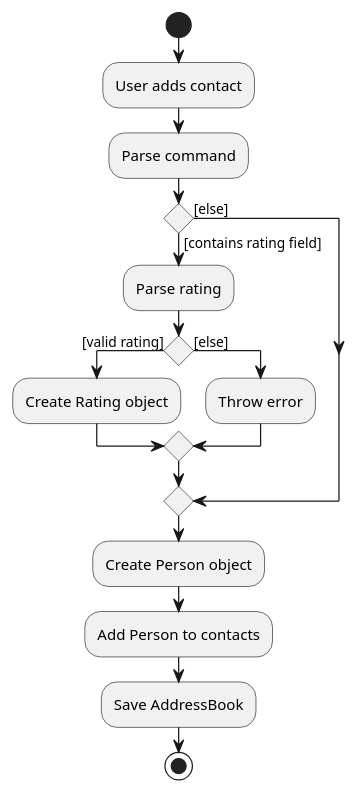
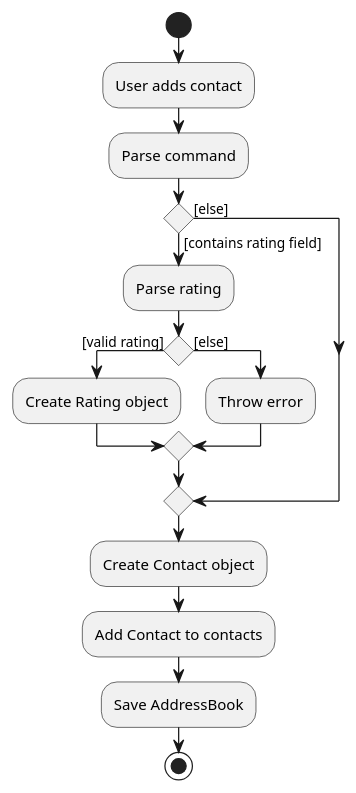
Before and after one commit to nus-cs2103-AY2122S1/tp: the diagram in docs/diagrams/RatingActivityDiagram.puml, drawn with PlantUML. The commit also changed 15 other files, not shown here.

Commit message:
Change person to contacts for documentation and diagrams

```diff
--- a/docs/diagrams/RatingActivityDiagram.puml
+++ b/docs/diagrams/RatingActivityDiagram.puml
@@ -1,20 +1,20 @@
 @startuml
 
 start
 :User adds contact;
 :Parse command;
 if () then ([contains rating field])
     :Parse rating;
     if () then ([valid rating])
         :Create Rating object;
     else ([else])
         :Throw error;
     endif
 else ([else])
 endif
-:Create Person object;
-:Add Person to contacts;
+:Create Contact object;
+:Add Contact to contacts;
 :Save AddressBook;
 stop
 
 @enduml
```
